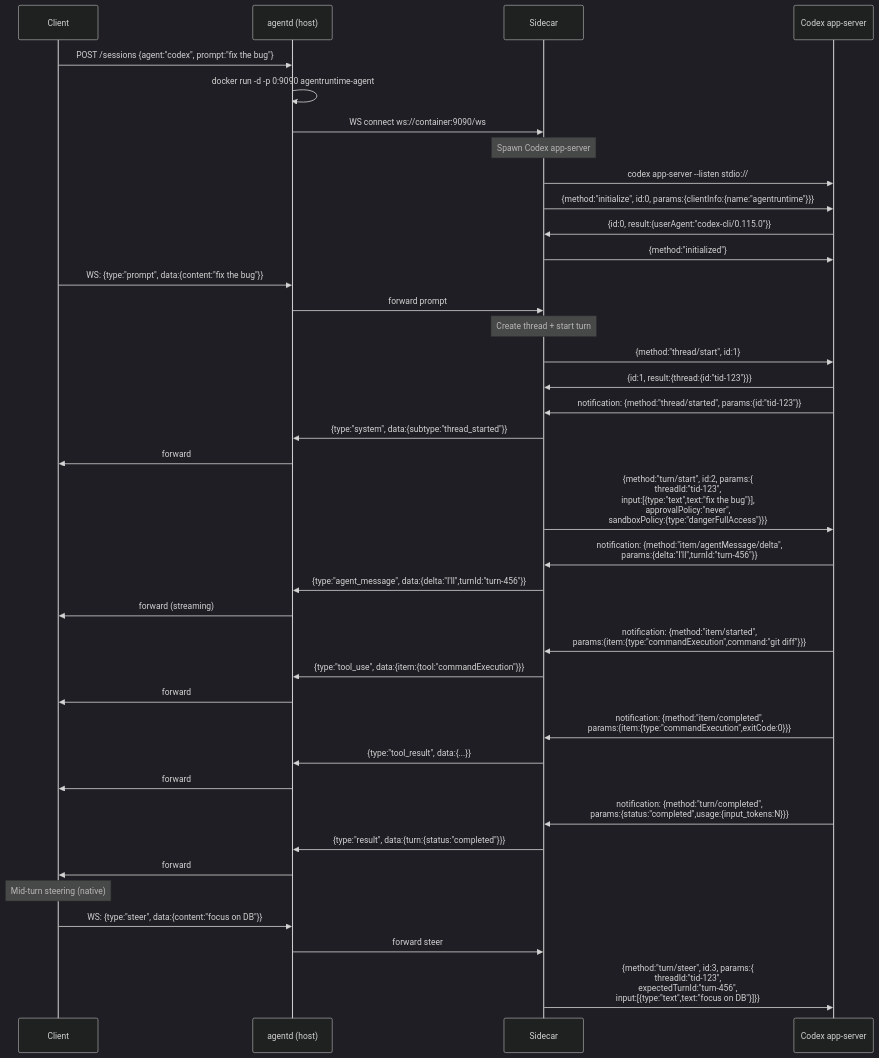
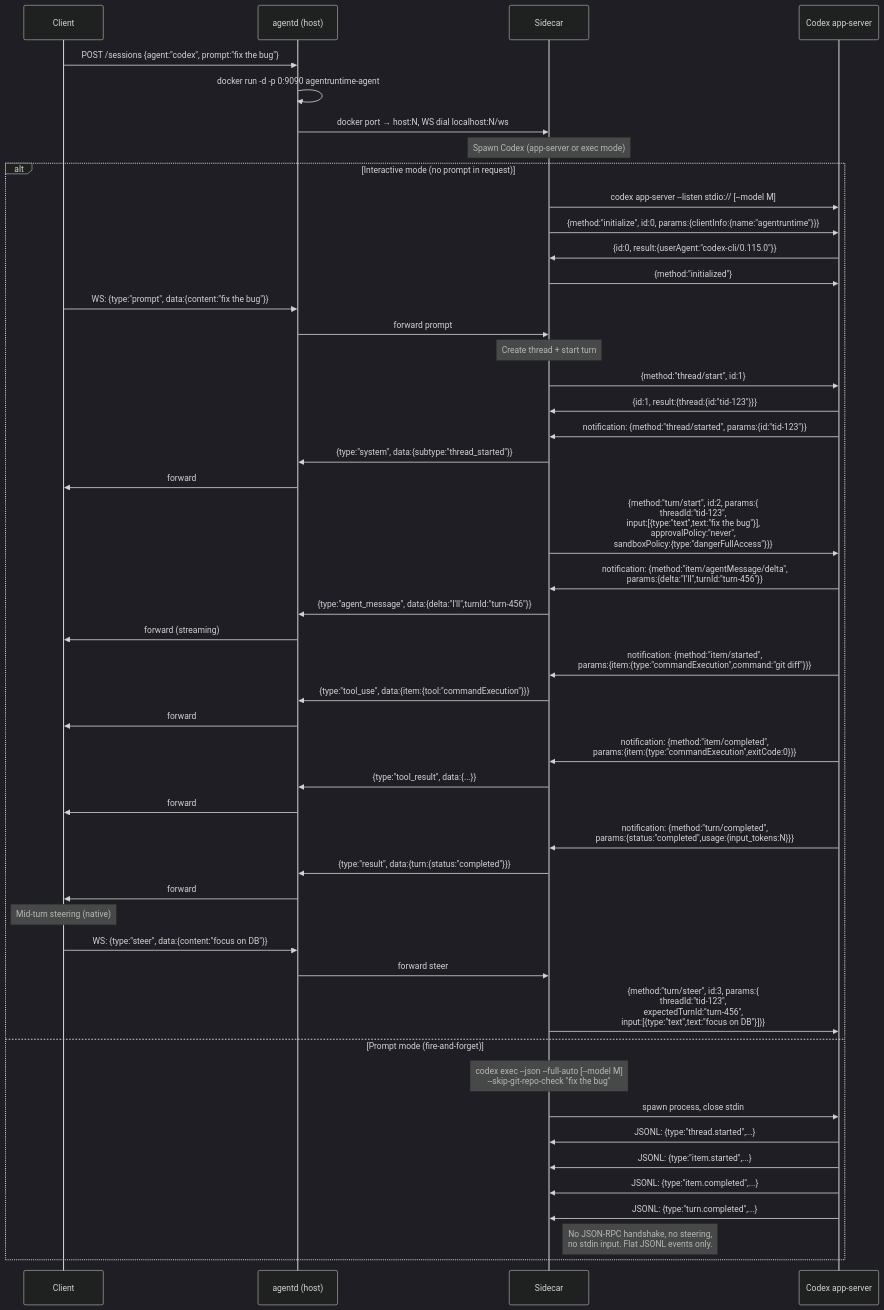
The third of 5 diagrams in docs/architecture-flows.md (danieliser/agentruntime), drawn with Mermaid (dark theme) before and after one commit. The commit also changed other lines of this file, not shown here.

First line of the commit message:
docs: fix architecture-flows.md inaccuracies from audit

````diff
--- a/docs/architecture-flows.md
+++ b/docs/architecture-flows.md
@@ -81,50 +86,61 @@
 ```mermaid
 sequenceDiagram
     participant C as Client
     participant H as agentd (host)
     participant S as Sidecar
     participant CX as Codex app-server
 
     C->>H: POST /sessions {agent:"codex", prompt:"fix the bug"}
     H->>H: docker run -d -p 0:9090 agentruntime-agent
-    H->>S: WS connect ws://container:9090/ws
+    H->>S: docker port → host:N, WS dial localhost:N/ws
 
-    Note over S: Spawn Codex app-server
-    S->>CX: codex app-server --listen stdio://
+    Note over S: Spawn Codex (app-server or exec mode)
+    alt Interactive mode (no prompt in request)
+    S->>CX: codex app-server --listen stdio:// [--model M]
     S->>CX: {method:"initialize", id:0, params:{clientInfo:{name:"agentruntime"}}}
     CX->>S: {id:0, result:{userAgent:"codex-cli/0.115.0"}}
     S->>CX: {method:"initialized"}
 
     C->>H: WS: {type:"prompt", data:{content:"fix the bug"}}
     H->>S: forward prompt
 
     Note over S: Create thread + start turn
     S->>CX: {method:"thread/start", id:1}
     CX->>S: {id:1, result:{thread:{id:"tid-123"}}}
     CX->>S: notification: {method:"thread/started", params:{id:"tid-123"}}
     S->>H: {type:"system", data:{subtype:"thread_started"}}
     H->>C: forward
 
     S->>CX: {method:"turn/start", id:2, params:{<br/>threadId:"tid-123",<br/>input:[{type:"text",text:"fix the bug"}],<br/>approvalPolicy:"never",<br/>sandboxPolicy:{type:"dangerFullAccess"}}}
 
     CX->>S: notification: {method:"item/agentMessage/delta",<br/>params:{delta:"I'll",turnId:"turn-456"}}
     S->>H: {type:"agent_message", data:{delta:"I'll",turnId:"turn-456"}}
     H->>C: forward (streaming)
 
     CX->>S: notification: {method:"item/started",<br/>params:{item:{type:"commandExecution",command:"git diff"}}}
     S->>H: {type:"tool_use", data:{item:{tool:"commandExecution"}}}
     H->>C: forward
 
     CX->>S: notification: {method:"item/completed",<br/>params:{item:{type:"commandExecution",exitCode:0}}}
     S->>H: {type:"tool_result", data:{...}}
     H->>C: forward
 
     CX->>S: notification: {method:"turn/completed",<br/>params:{status:"completed",usage:{input_tokens:N}}}
     S->>H: {type:"result", data:{turn:{status:"completed"}}}
     H->>C: forward
 
     Note over C: Mid-turn steering (native)
     C->>H: WS: {type:"steer", data:{content:"focus on DB"}}
     H->>S: forward steer
     S->>CX: {method:"turn/steer", id:3, params:{<br/>threadId:"tid-123",<br/>expectedTurnId:"turn-456",<br/>input:[{type:"text",text:"focus on DB"}]}}
+
+    else Prompt mode (fire-and-forget)
+    Note over S: codex exec --json --full-auto [--model M]<br/>--skip-git-repo-check "fix the bug"
+    S->>CX: spawn process, close stdin
+    CX->>S: JSONL: {type:"thread.started",...}
+    CX->>S: JSONL: {type:"item.started",...}
+    CX->>S: JSONL: {type:"item.completed",...}
+    CX->>S: JSONL: {type:"turn.completed",...}
+    Note right of S: No JSON-RPC handshake, no steering,<br/>no stdin input. Flat JSONL events only.
+    end
 ```
````
